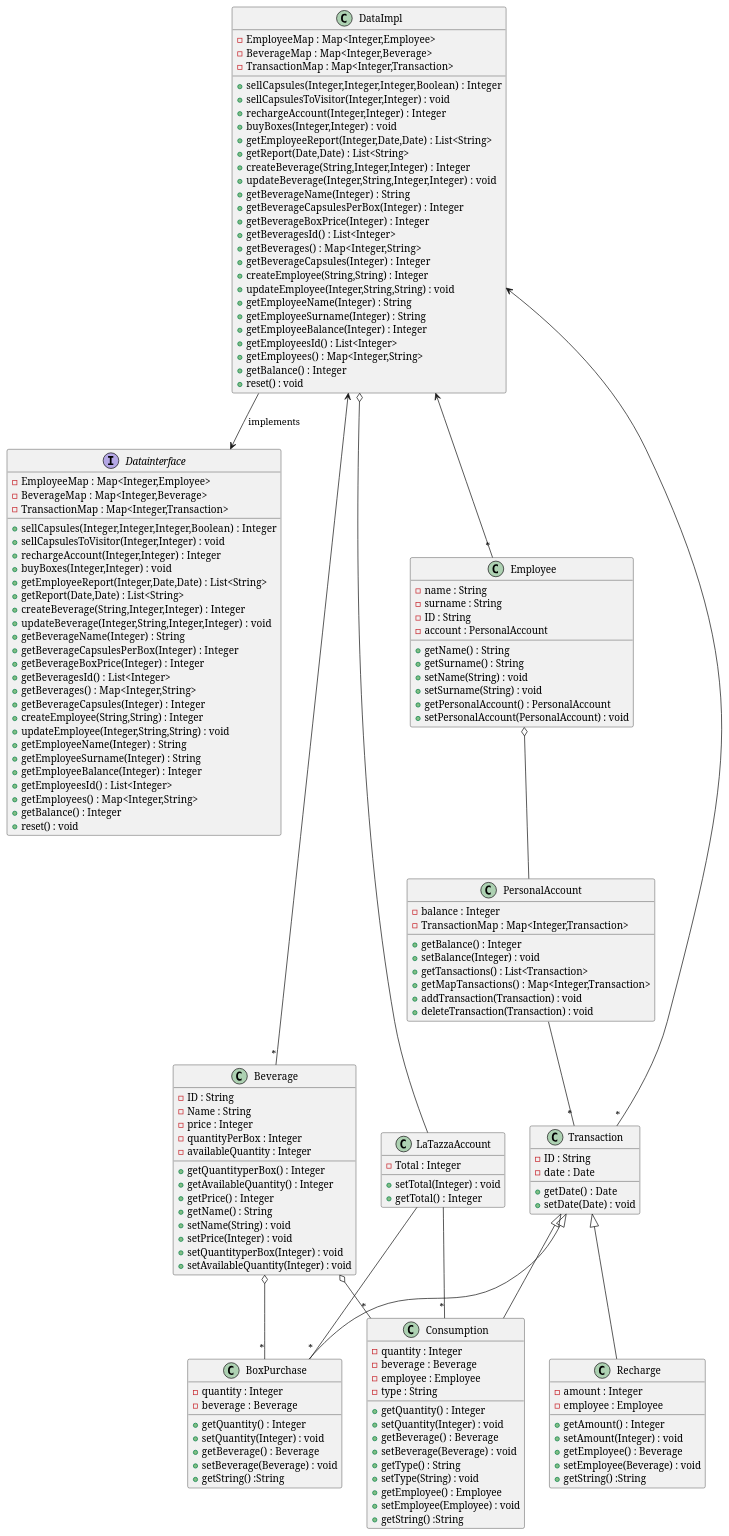
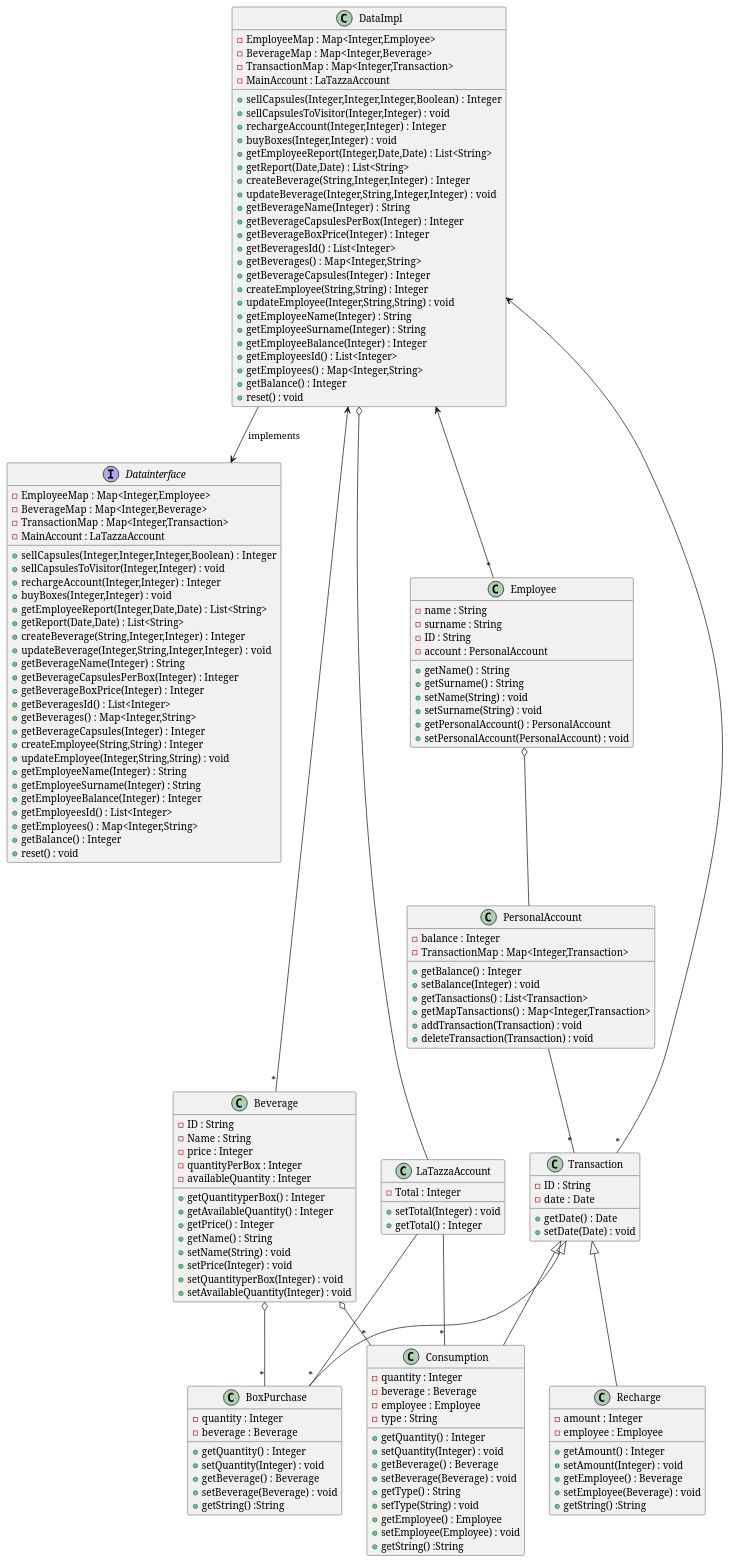
The third of 7 diagrams in templates/DesignDocumentTemplate.md (salvatore-dimartino/LaTazza), drawn with PlantUML before and after one commit.

```diff
--- a/templates/DesignDocumentTemplate.md
+++ b/templates/DesignDocumentTemplate.md
@@ -79,6 +79,7 @@
     -EmployeeMap : Map<Integer,Employee>
     -BeverageMap : Map<Integer,Beverage>
     -TransactionMap : Map<Integer,Transaction>
+    -MainAccount : LaTazzaAccount
     
     +sellCapsules(Integer,Integer,Integer,Boolean) : Integer
     +sellCapsulesToVisitor(Integer,Integer) : void
@@ -110,6 +111,7 @@
     -EmployeeMap : Map<Integer,Employee>
     -BeverageMap : Map<Integer,Beverage>
     -TransactionMap : Map<Integer,Transaction>
+    -MainAccount : LaTazzaAccount
     
     +sellCapsules(Integer,Integer,Integer,Boolean) : Integer
     +sellCapsulesToVisitor(Integer,Integer) : void
```
